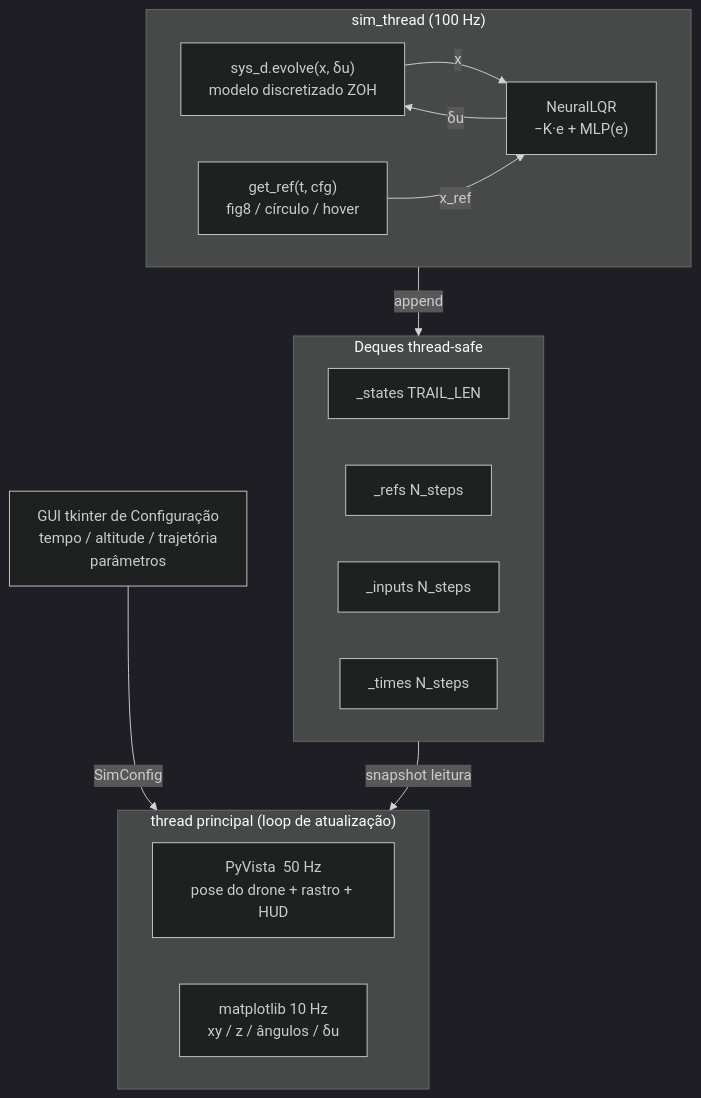
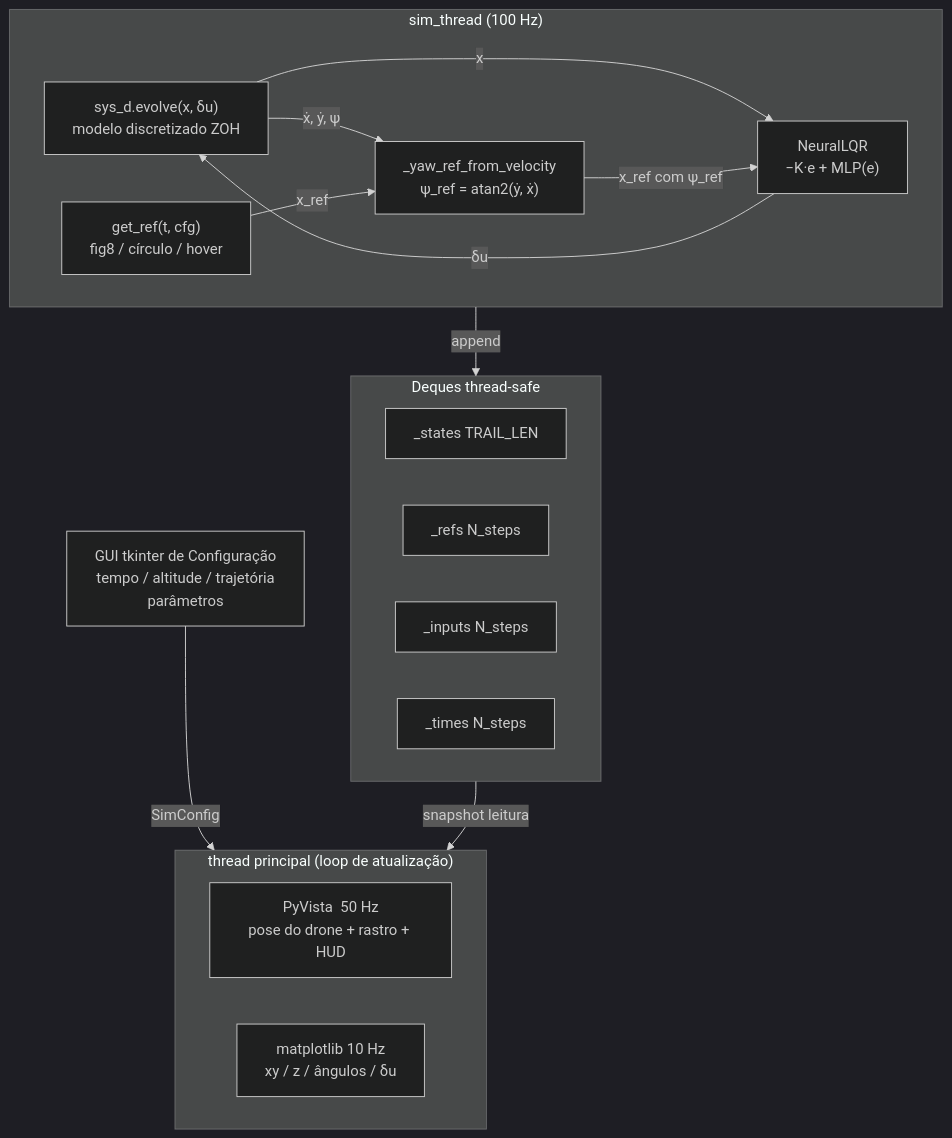
One commit to synapsys-lab/synapsys changed the diagram in website/i18n/pt/docusaurus-plugin-content-docs/current/examples/advanced/quadcopter-mimo.md. Above: the diagram before and after it, drawn with Mermaid. The commit also changed other lines of this file and 11 other files, not shown here.

````diff
--- a/website/i18n/pt/docusaurus-plugin-content-docs/current/examples/advanced/quadcopter-mimo.md
+++ b/website/i18n/pt/docusaurus-plugin-content-docs/current/examples/advanced/quadcopter-mimo.md
@@ -222,31 +256,34 @@
 ```mermaid
 %%{init: {'theme': 'dark'}}%%
 flowchart TD
     GUI["GUI tkinter de Configuração\ntempo / altitude / trajetória\nparâmetros"]
     GUI -->|SimConfig| MAIN
 
     subgraph SIM["sim_thread  (100 Hz)"]
         PLANT["sys_d.evolve(x, δu)\nmodelo discretizado ZOH"]
         CTRL["NeuralLQR\n−K·e + MLP(e)"]
         REF["get_ref(t, cfg)\nfig8 / círculo / hover"]
+        YAW["_yaw_ref_from_velocity\nψ_ref = atan2(ẏ, ẋ)"]
         CTRL -->|δu| PLANT
         PLANT -->|x| CTRL
-        REF -->|x_ref| CTRL
+        PLANT -->|ẋ, ẏ, ψ| YAW
+        REF -->|x_ref| YAW
+        YAW -->|x_ref com ψ_ref| CTRL
     end
 
     subgraph BUFS["Deques thread-safe"]
         S["_states  TRAIL_LEN"]
         R["_refs    N_steps"]
         U["_inputs  N_steps"]
         T["_times   N_steps"]
     end
 
     SIM -->|append| BUFS
 
     subgraph MAIN["thread principal  (loop de atualização)"]
         PV["PyVista  50 Hz\npose do drone + rastro + HUD"]
         MPL["matplotlib  10 Hz\nxy / z / ângulos / δu"]
     end
 
     BUFS -->|snapshot leitura| MAIN
 ```
````
